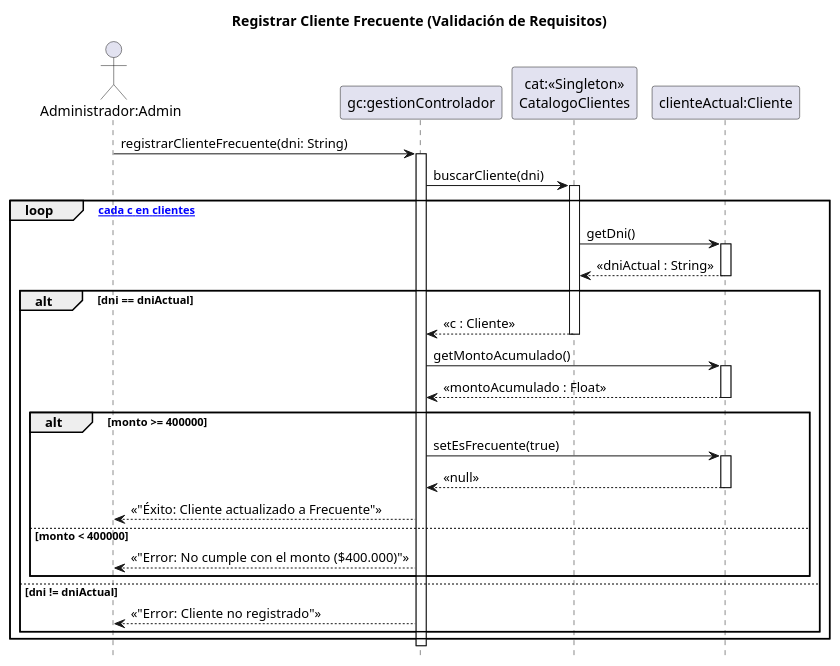
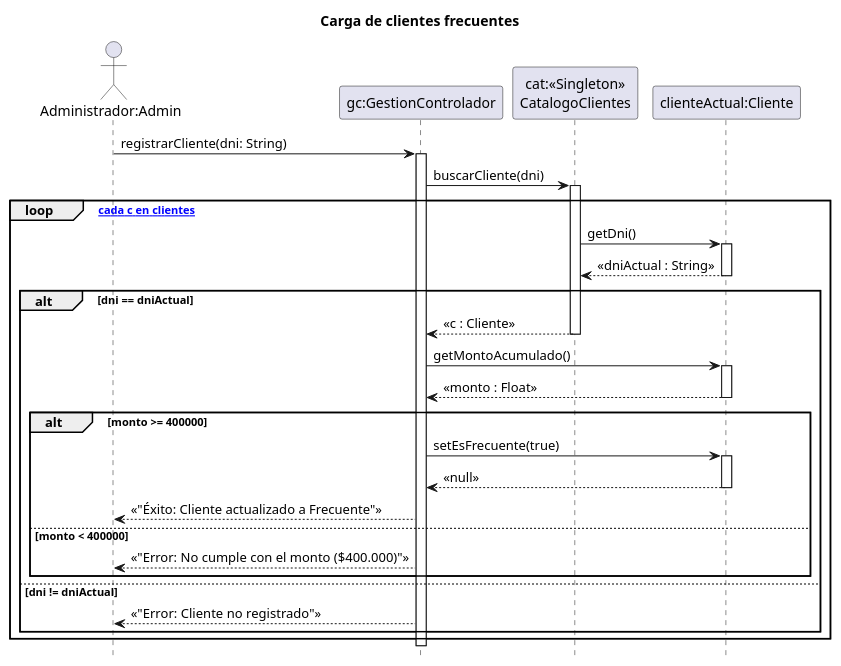
One commit to zEzequR/PF-I changed the diagram in 08 - Diagramas de Secuencia de Diseño/CargaClientesFrecuentes/CargaClientesFrecuentes.puml. Above: the diagram before and after it, drawn with PlantUML. The commit also changed 9 other files, not shown here.

Commit message:
Diagramas de Carga

```diff
--- a/08 - Diagramas de Secuencia de Diseño/CargaClientesFrecuentes/CargaClientesFrecuentes.puml
+++ b/08 - Diagramas de Secuencia de Diseño/CargaClientesFrecuentes/CargaClientesFrecuentes.puml
@@ -1,54 +1,51 @@
 @startuml
-title Registrar Cliente Frecuente (Validación de Requisitos)
+title Carga de clientes frecuentes 
 
 hide footbox
 
 actor "Administrador:Admin" as admin
-participant "gc:gestionControlador" as ctrl
+participant "gc:GestionControlador" as ctrl
 participant "cat:<<Singleton>>\nCatalogoClientes" as cat
 participant "clienteActual:Cliente" as cliente_actual
 
-admin -> ctrl : registrarClienteFrecuente(dni: String)
+admin -> ctrl : registrarCliente(dni: String)
 activate ctrl
 
 ctrl -> cat : buscarCliente(dni)
 activate cat
 
 loop [para cada c en clientes]
     cat -> cliente_actual : getDni()
     activate cliente_actual
     cliente_actual --> cat : << dniActual : String >>
     deactivate cliente_actual
     
     alt dni == dniActual
         cat --> ctrl : << c : Cliente >>
         deactivate cat
         
         ctrl -> cliente_actual : getMontoAcumulado()
         activate cliente_actual
-        cliente_actual --> ctrl : << montoAcumulado : Float >>
+        cliente_actual --> ctrl : << monto : Float >>
         deactivate cliente_actual
         
         alt monto >= 400000
             ctrl -> cliente_actual : setEsFrecuente(true)
             activate cliente_actual
             cliente_actual --> ctrl : << null >> 
             deactivate cliente_actual
             
             ctrl --> admin : << "Éxito: Cliente actualizado a Frecuente" >>
             
         else monto < 400000
             ctrl --> admin : << "Error: No cumple con el monto ($400.000)" >>
         end
 
     else dni != dniActual
-
         deactivate cat
-        
         ctrl --> admin : << "Error: Cliente no registrado" >>
-        
     end
 end
 
 deactivate ctrl
 @enduml
```
